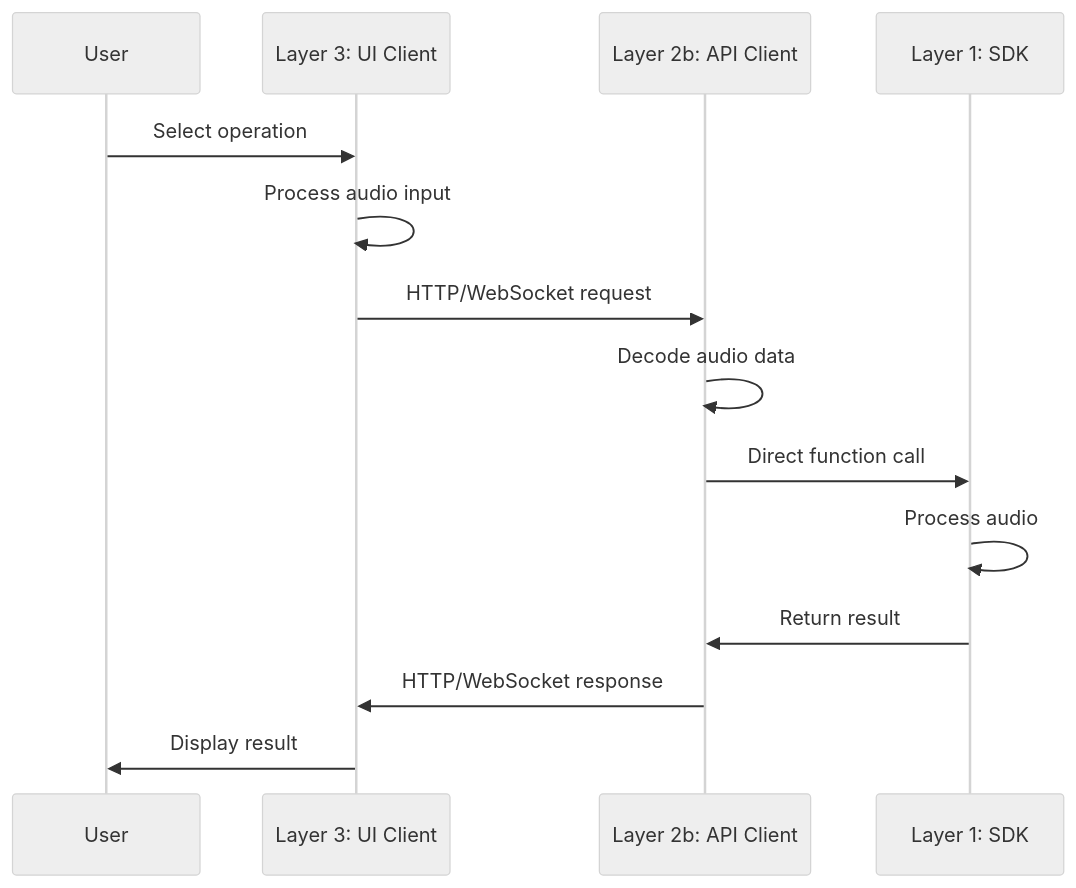
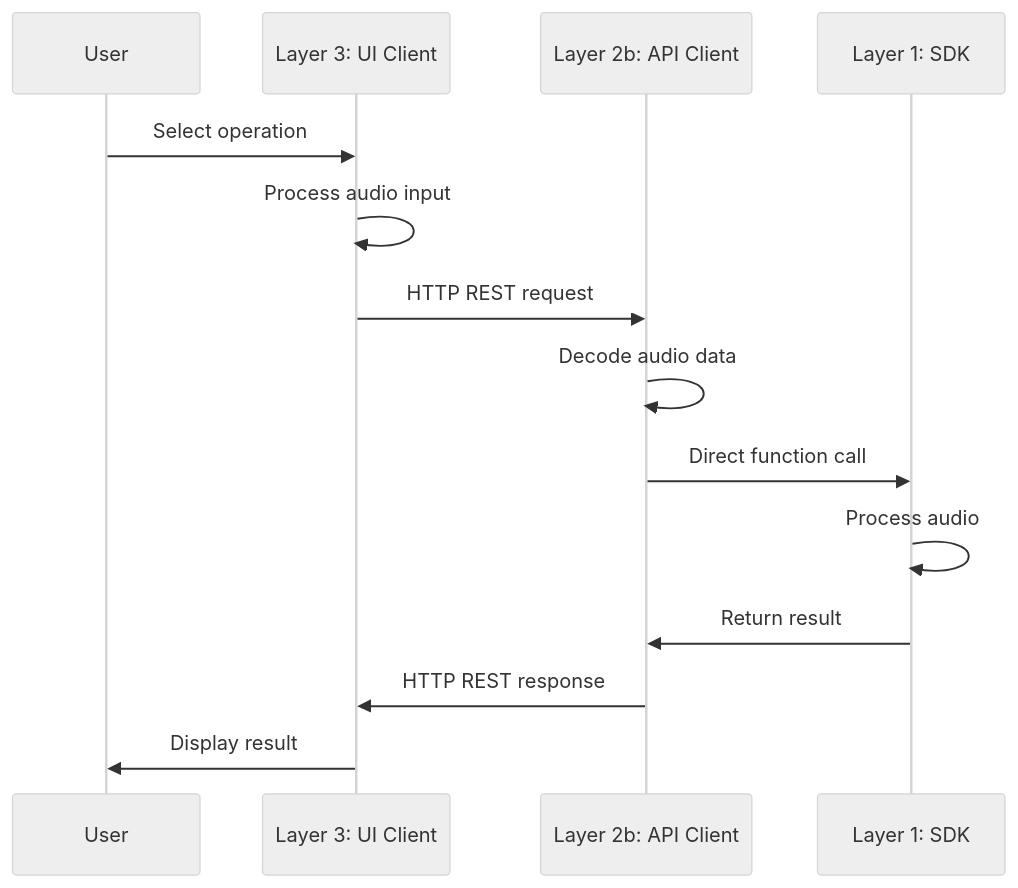
One commit to sreenivasmrpivot/groq-speech changed the third of 24 diagrams in docs/ARCHITECTURE.md. Above: the diagram before and after it, drawn with Mermaid (neutral theme). The commit also changed other lines of this file and 38 other files, not shown here.

````diff
--- a/docs/ARCHITECTURE.md
+++ b/docs/ARCHITECTURE.md
@@ -100,17 +108,17 @@
 ```mermaid
 sequenceDiagram
     participant User
     participant UI as Layer 3: UI Client
     participant API as Layer 2b: API Client
     participant SDK as Layer 1: SDK
     
     User->>UI: Select operation
     UI->>UI: Process audio input
-    UI->>API: HTTP/WebSocket request
+    UI->>API: HTTP REST request
     API->>API: Decode audio data
     API->>SDK: Direct function call
     SDK->>SDK: Process audio
     SDK->>API: Return result
-    API->>UI: HTTP/WebSocket response
+    API->>UI: HTTP REST response
     UI->>User: Display result
 ```
````
